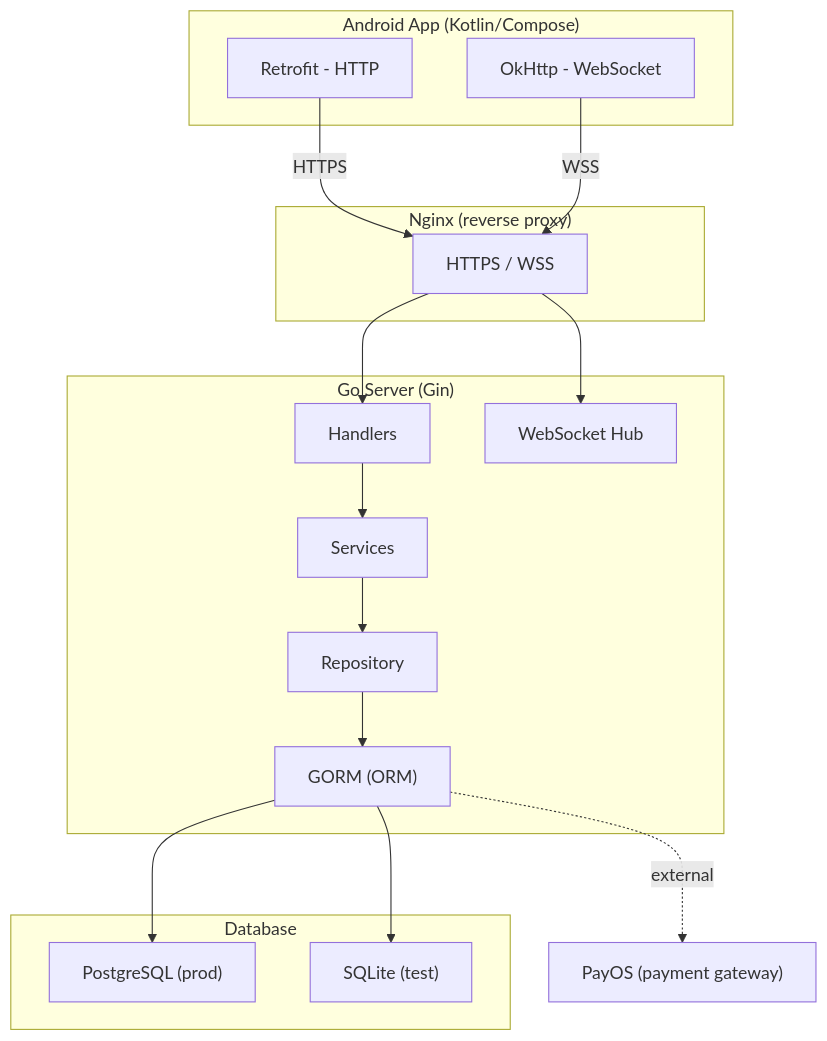
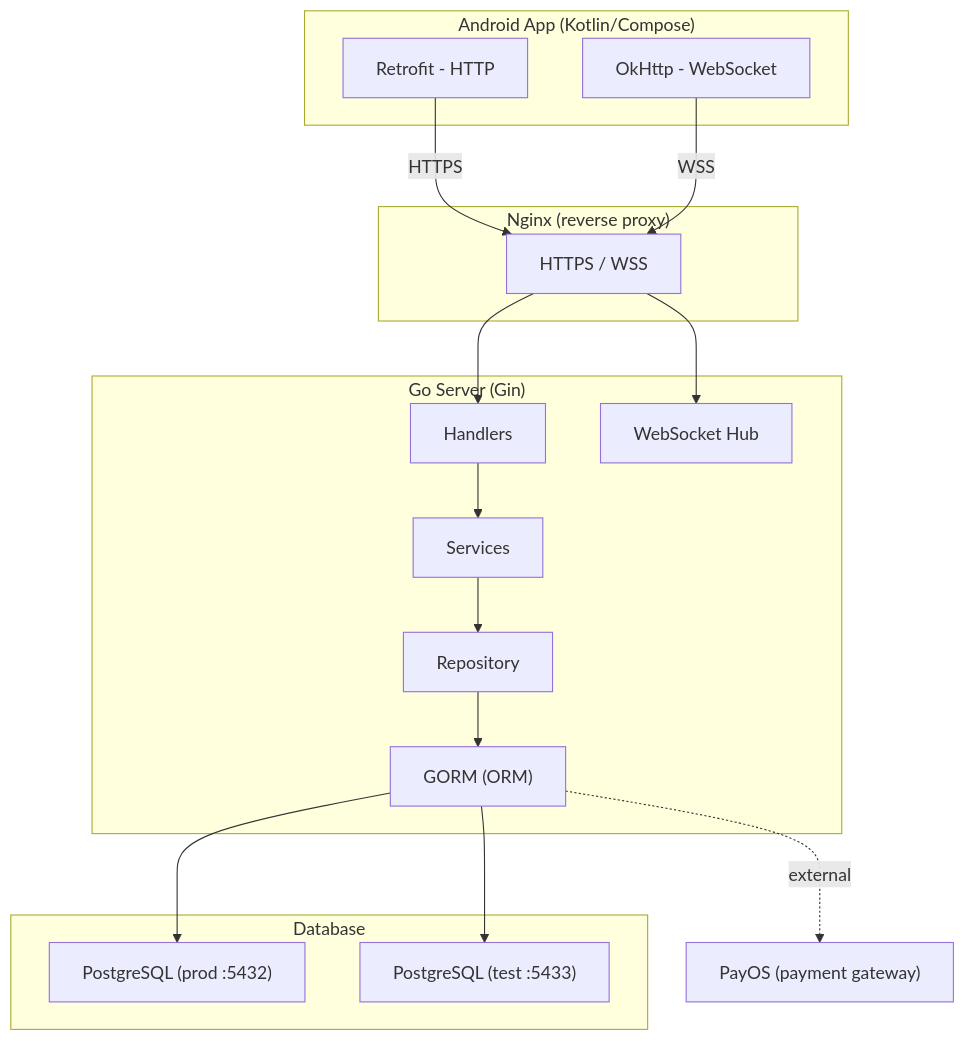
One commit to nhannht/viecz changed the first of 11 diagrams in docs/technical/SYSTEM_DESIGN.md. Above: the diagram before and after it, drawn with Mermaid. The commit also changed other lines of this file and 22 other files, not shown here.

First line of the commit message:
feat: Migrate test server to PostgreSQL, add "Your Task" badge, E2E tests (KNS-62)

````diff
--- a/docs/technical/SYSTEM_DESIGN.md
+++ b/docs/technical/SYSTEM_DESIGN.md
@@ -24,38 +24,38 @@
 ```mermaid
 graph TD
     subgraph AndroidApp["Android App (Kotlin/Compose)"]
         Retrofit["Retrofit - HTTP"]
         OkHttp["OkHttp - WebSocket"]
     end
 
     subgraph Nginx["Nginx (reverse proxy)"]
         NginxProxy["HTTPS / WSS"]
     end
 
     subgraph GoServer["Go Server (Gin)"]
         Handlers
         Services
         Repos["Repository"]
         WebSocketHub["WebSocket Hub"]
         GORM["GORM (ORM)"]
 
         Handlers --> Services
         Services --> Repos
         Repos --> GORM
     end
 
     subgraph Database
-        PostgreSQL["PostgreSQL (prod)"]
-        SQLite["SQLite (test)"]
+        PostgreSQL["PostgreSQL (prod :5432)"]
+        PostgreSQLTest["PostgreSQL (test :5433)"]
     end
 
     PayOS["PayOS (payment gateway)"]
 
     Retrofit -->|HTTPS| NginxProxy
     OkHttp -->|WSS| NginxProxy
     NginxProxy --> Handlers
     NginxProxy --> WebSocketHub
     GORM --> PostgreSQL
-    GORM --> SQLite
+    GORM --> PostgreSQLTest
     GORM -.->|external| PayOS
 ```
````
